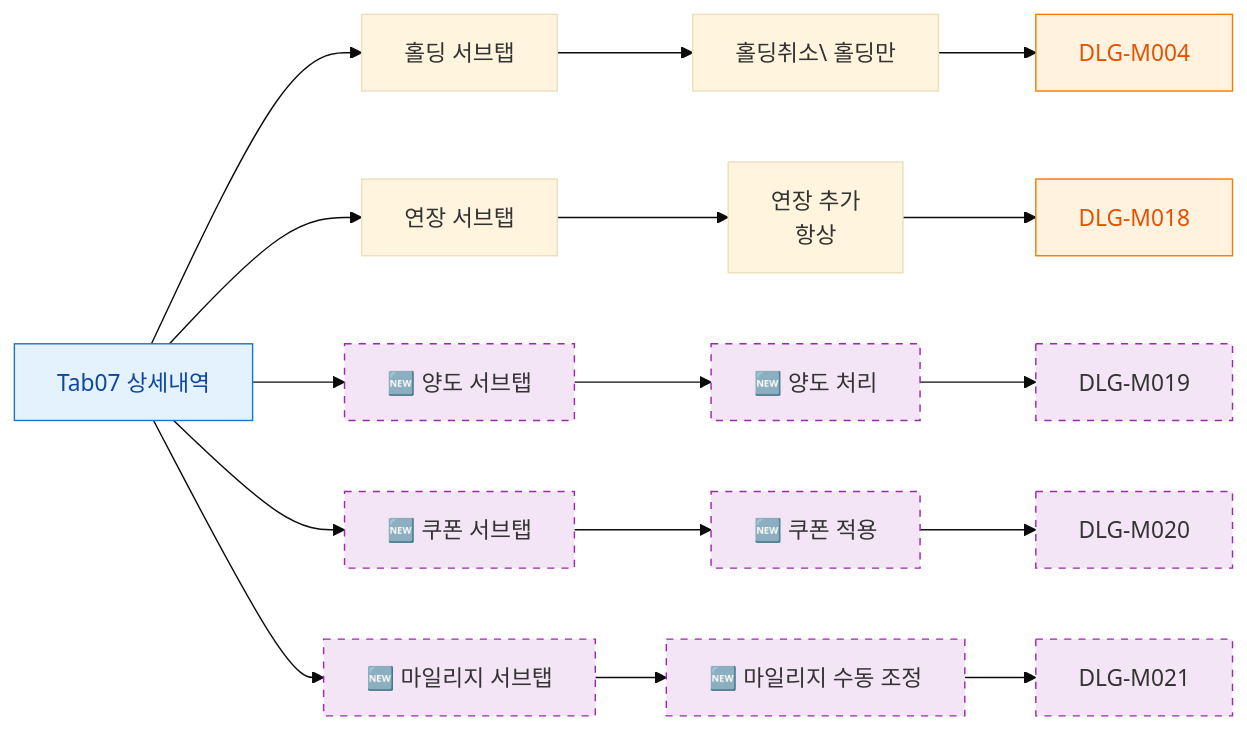
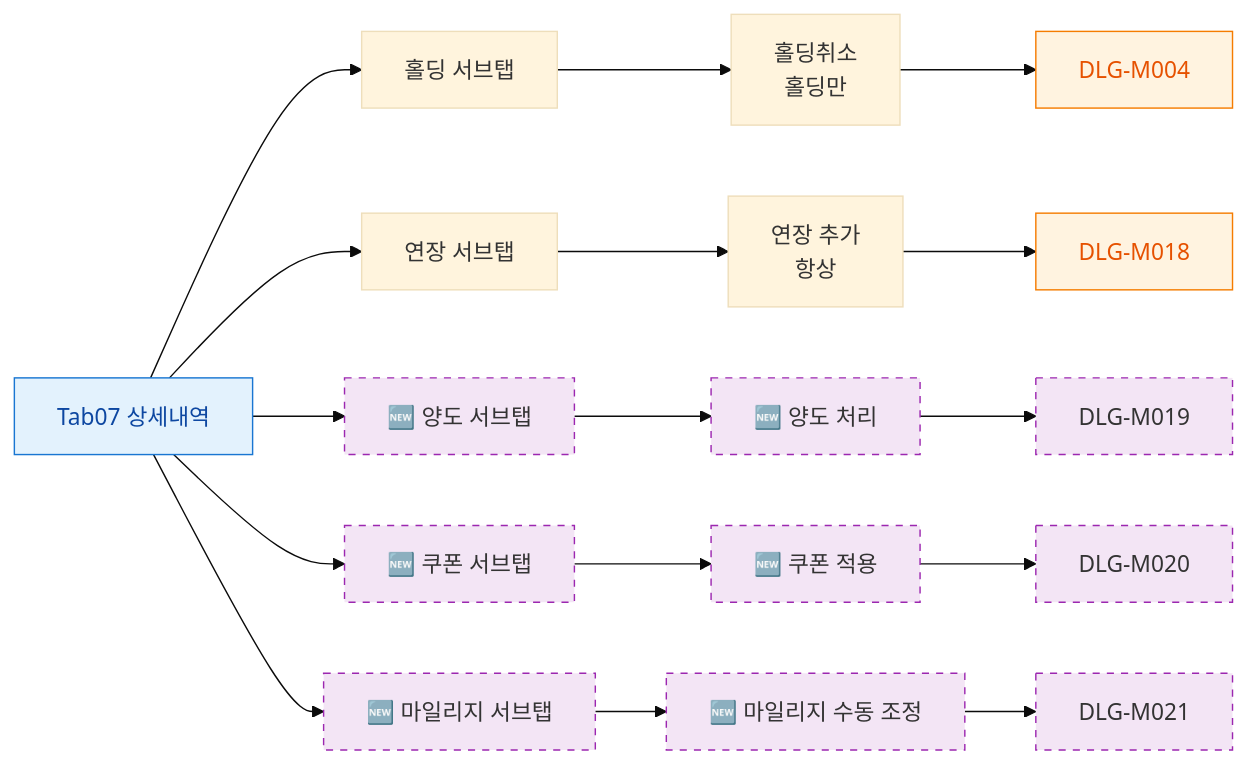
Before and after one commit to dev-spogym/admin-pando: the diagram in docs/admin/다이어그램/D02_회원관리/SCR-M004_회원상세/Tab07_상세내역/F3_버튼액션.md, drawn with Mermaid (base theme). The commit also changed 369 other files, not shown here.

````diff
--- a/docs/admin/다이어그램/D02_회원관리/SCR-M004_회원상세/Tab07_상세내역/F3_버튼액션.md
+++ b/docs/admin/다이어그램/D02_회원관리/SCR-M004_회원상세/Tab07_상세내역/F3_버튼액션.md
@@ -20,30 +20,30 @@
 ```mermaid
 flowchart LR
   TAB[Tab07 상세내역] --> S_HOLD[홀딩 서브탭]
   TAB --> S_EXT[연장 서브탭]
   TAB --> S_TF[🆕 양도 서브탭]
   TAB --> S_CPN[🆕 쿠폰 서브탭]
   TAB --> S_MIL[🆕 마일리지 서브탭]
 
-  S_HOLD --> BH1[홀딩취소\ 홀딩만]
+  S_HOLD --> BH1[홀딩취소<br/> 홀딩만]
   BH1 --> DLG_M004[DLG-M004]
 
   S_EXT --> BE1[연장 추가\n항상]
   BE1 --> DLG_M018[DLG-M018]
 
   S_TF --> BT1[🆕 양도 처리]
   BT1 --> DLG_M019[DLG-M019]
 
   S_CPN --> BC1[🆕 쿠폰 적용]
   BC1 --> DLG_M020[DLG-M020]
 
   S_MIL --> BM1[🆕 마일리지 수동 조정]
   BM1 --> DLG_M021[DLG-M021]
 
   classDef screen fill:#E3F2FD,stroke:#1976D2,color:#0D47A1
   classDef modal fill:#FFF3E0,stroke:#F57C00,color:#E65100
   classDef newFeature fill:#F3E5F5,stroke:#9C27B0,stroke-dasharray:5 5
   class TAB screen
   class DLG_M004,DLG_M018 modal
   class DLG_M019,DLG_M020,DLG_M021,BT1,BC1,BM1,S_TF,S_CPN,S_MIL newFeature
 ```
````
